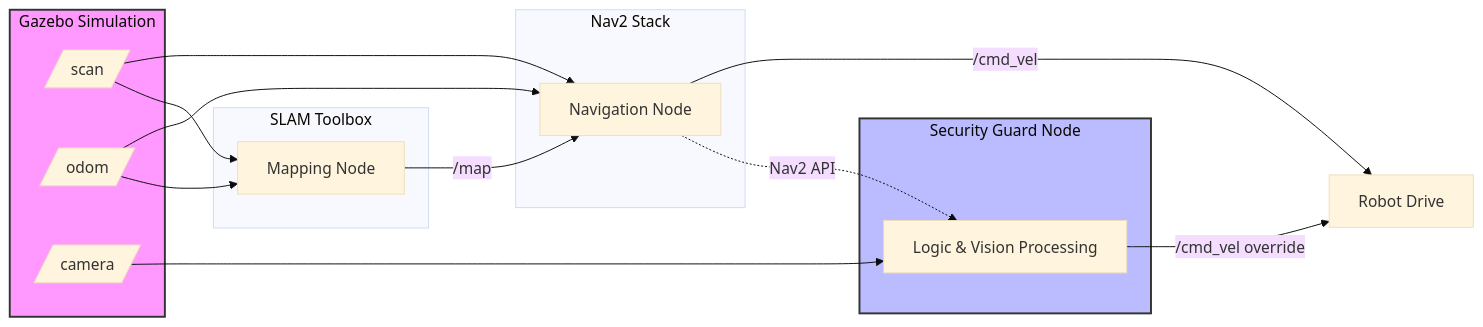
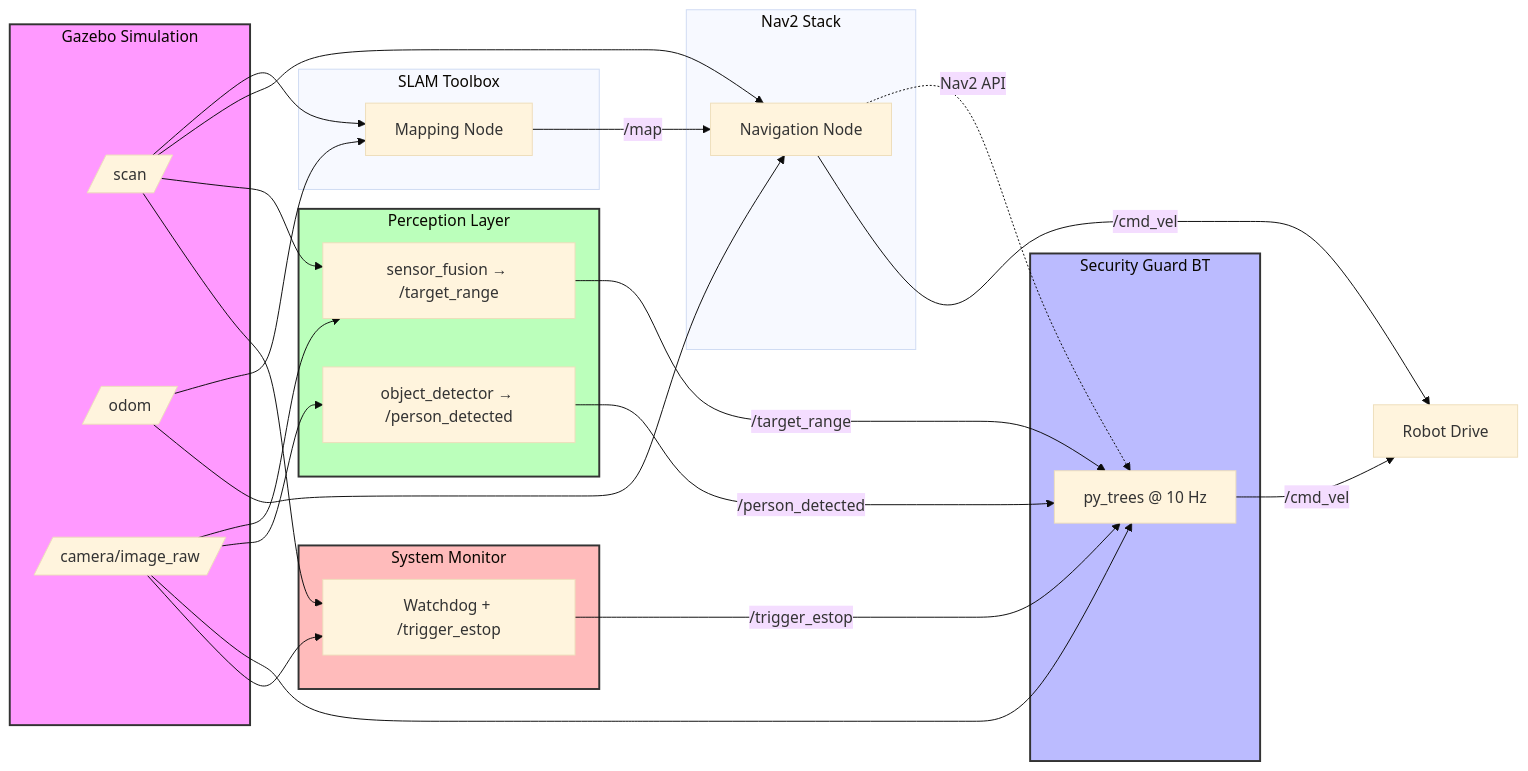
The diagram in README.md (OrtizDiego/AutoNav_Sim), drawn with Mermaid (base theme) before and after one commit. The commit also changed other lines of this file and 1 other file, not shown here.

````diff
--- a/README.md
+++ b/README.md
@@ -65,43 +127,57 @@
 ```mermaid
 graph LR
-    %% Hardware/Simulation Layer
-    subgraph Hardware_Interface [Gazebo Simulation]
+    subgraph Gazebo [Gazebo Simulation]
         GZ_Scan[/scan/]
         GZ_Odom[/odom/]
-        GZ_Cam[/camera/]
+        GZ_Cam[/camera/image_raw/]
     end
 
-    %% Mapping Layer
-    subgraph SLAM_Layer [SLAM Toolbox]
+    subgraph SLAM [SLAM Toolbox]
         STB[Mapping Node]
     end
 
-    %% Navigation Layer
-    subgraph Nav_Layer [Nav2 Stack]
+    subgraph Nav [Nav2 Stack]
         N2[Navigation Node]
     end
 
-    %% Logic Layer
-    subgraph Logic_Layer [Security Guard Node]
-        SGN[Logic & Vision Processing]
+    subgraph Perception [Perception Layer]
+        SF[sensor_fusion → /target_range]
+        OD[object_detector → /person_detected]
     end
 
-    %% Data Flow Connections
+    subgraph Guard [Security Guard BT]
+        BT[py_trees @ 10 Hz]
+    end
+
+    subgraph Monitor [System Monitor]
+        WD[Watchdog + /trigger_estop]
+    end
+
     GZ_Scan --> STB
     GZ_Odom --> STB
     STB -->|/map| N2
-    
+
     GZ_Scan --> N2
     GZ_Odom --> N2
-    
-    GZ_Cam --> SGN
-    N2 -.->|Nav2 API| SGN
-    
-    %% Output to Actuators
-    N2 -->|/cmd_vel| GZ_Drive[Robot Drive]
-    SGN -->|/cmd_vel override| GZ_Drive
 
-    %% Styling
-    style Hardware_Interface fill:#f9f,stroke:#333,stroke-width:2px
-    style Logic_Layer fill:#bbf,stroke:#333,stroke-width:2px
+    GZ_Scan --> SF
+    GZ_Cam --> SF
+    GZ_Cam --> OD
+
+    SF -->|/target_range| BT
+    OD -->|/person_detected| BT
+    GZ_Cam --> BT
+
+    N2 -.->|Nav2 API| BT
+    BT -->|/cmd_vel| GZ_Drive[Robot Drive]
+    N2 -->|/cmd_vel| GZ_Drive
+
+    GZ_Scan --> WD
+    GZ_Cam --> WD
+    WD -->|/trigger_estop| BT
+
+    style Gazebo fill:#f9f,stroke:#333,stroke-width:2px
+    style Guard fill:#bbf,stroke:#333,stroke-width:2px
+    style Perception fill:#bfb,stroke:#333,stroke-width:2px
+    style Monitor fill:#fbb,stroke:#333,stroke-width:2px
 ```
````
